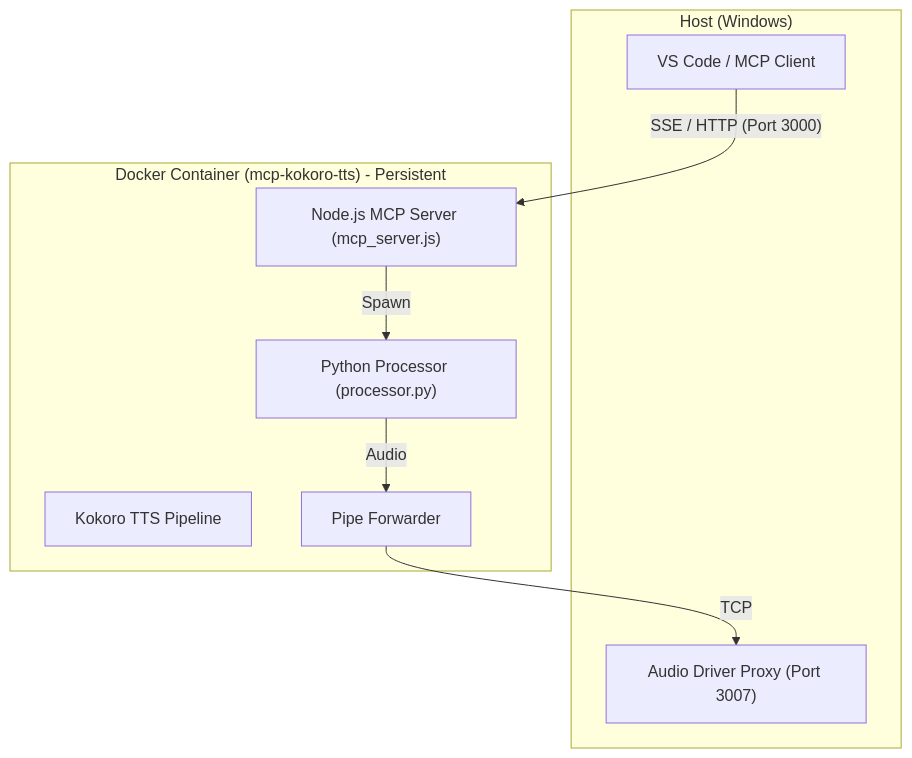
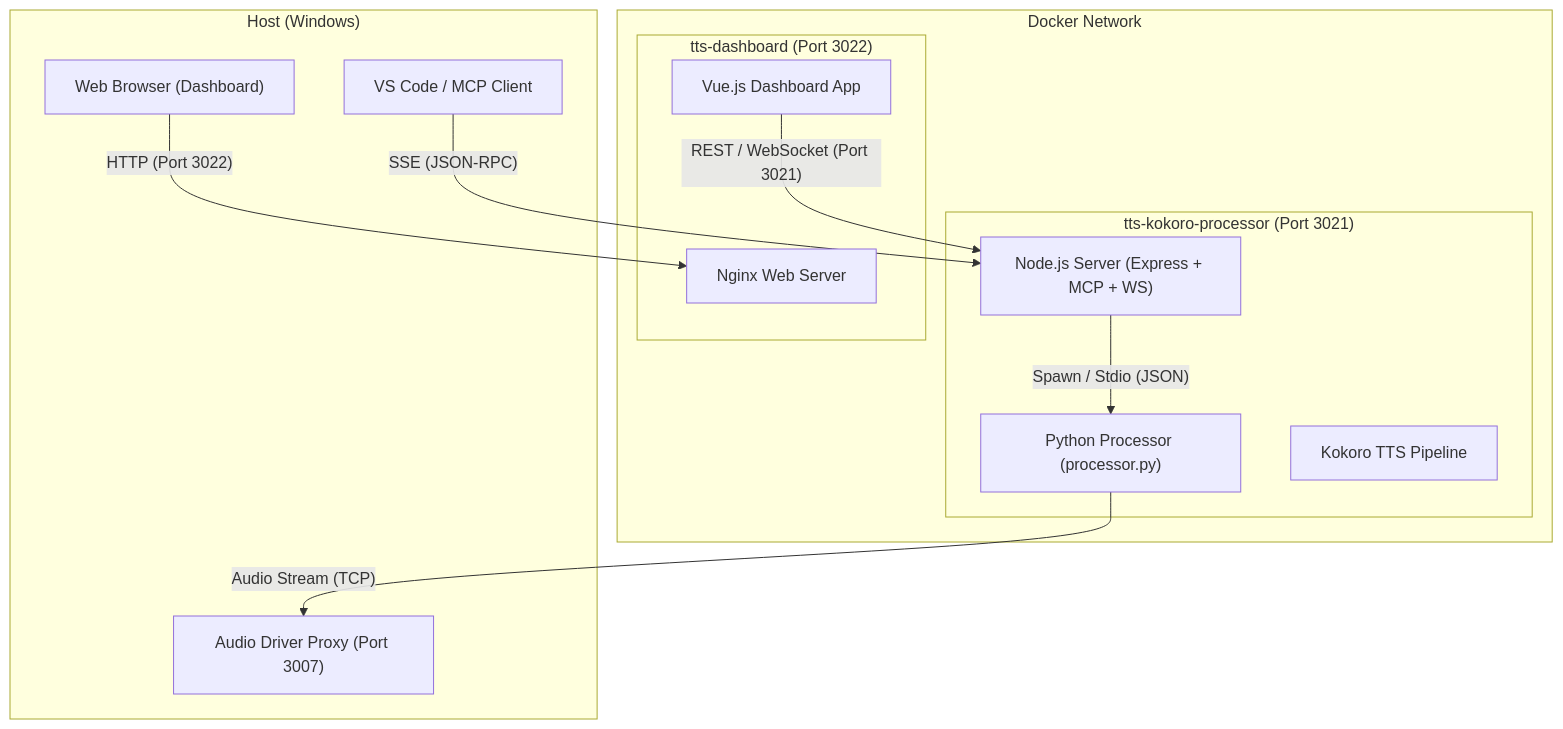
The second of 2 diagrams in ARCHITECTURE.md (jerroldneal/device-proxy-tts-kokoro-processor), drawn with Mermaid before and after one commit. The commit also changed other lines of this file and 9 other files, not shown here.

Commit message:
Fix mcp_server.js syntax, update start.sh for audio pipe, add verification script and dashboard

````diff
--- a/ARCHITECTURE.md
+++ b/ARCHITECTURE.md
@@ -76,19 +76,27 @@
 ```mermaid
 graph TD
     subgraph "Host (Windows)"
         VSCode["VS Code / MCP Client"]
+        Browser["Web Browser (Dashboard)"]
         AudioProxy["Audio Driver Proxy (Port 3007)"]
     end
 
-    subgraph "Docker Container (mcp-kokoro-tts) - Persistent"
-        NodeServer["Node.js MCP Server (mcp_server.js)"]
-        PythonProc["Python Processor (processor.py)"]
-        Kokoro["Kokoro TTS Pipeline"]
-        PipeForwarder["Pipe Forwarder"]
+    subgraph "Docker Network"
+        subgraph "tts-kokoro-processor (Port 3021)"
+            NodeServer["Node.js Server (Express + MCP + WS)"]
+            PythonProc["Python Processor (processor.py)"]
+            Kokoro["Kokoro TTS Pipeline"]
+        end
+
+        subgraph "tts-dashboard (Port 3022)"
+            Nginx["Nginx Web Server"]
+            DashboardApp["Vue.js Dashboard App"]
+        end
     end
 
-    VSCode -- "SSE / HTTP (Port 3000)" --> NodeServer
-    NodeServer -- "Spawn" --> PythonProc
-    PythonProc -- "Audio" --> PipeForwarder
-    PipeForwarder -- "TCP" --> AudioProxy
+    VSCode -- "SSE (JSON-RPC)" --> NodeServer
+    Browser -- "HTTP (Port 3022)" --> Nginx
+    DashboardApp -- "REST / WebSocket (Port 3021)" --> NodeServer
+    NodeServer -- "Spawn / Stdio (JSON)" --> PythonProc
+    PythonProc -- "Audio Stream (TCP)" --> AudioProxy
 ```
````
